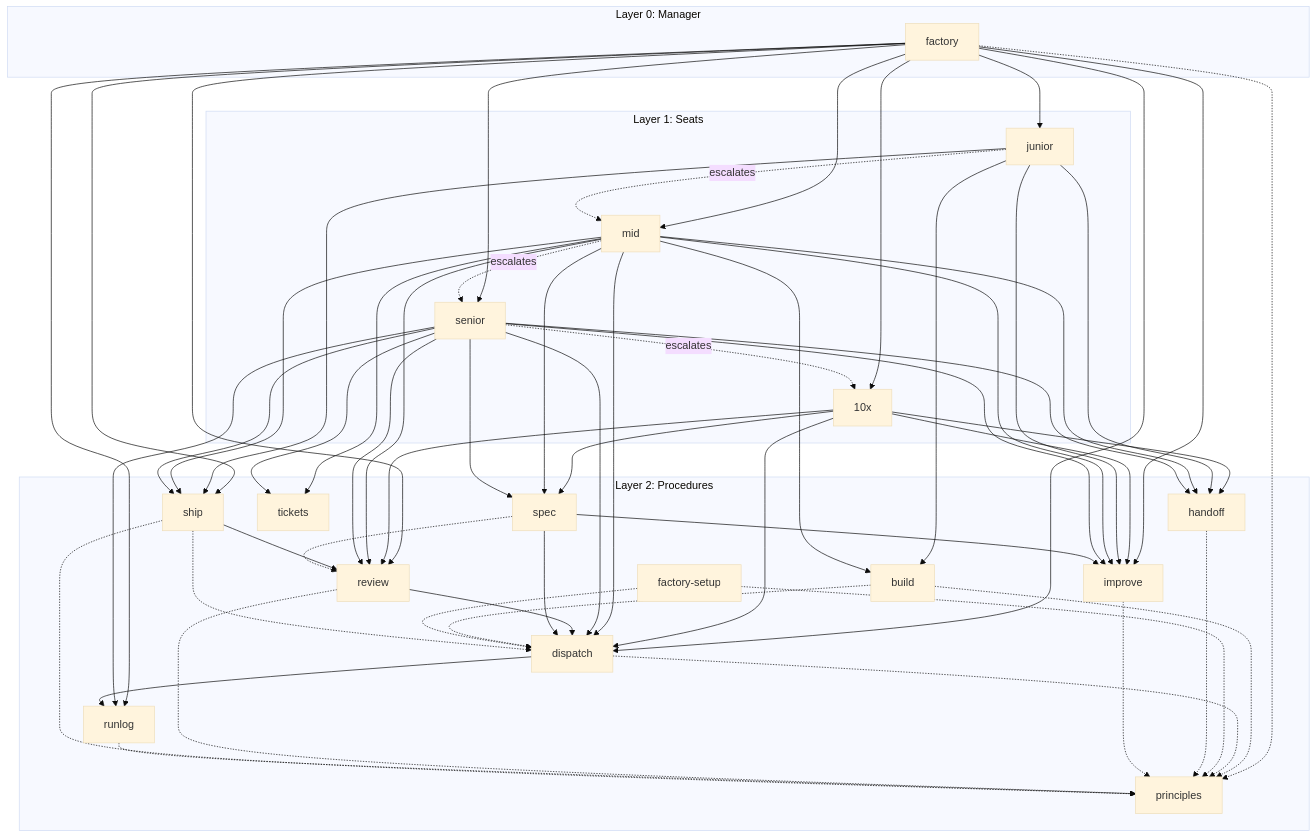
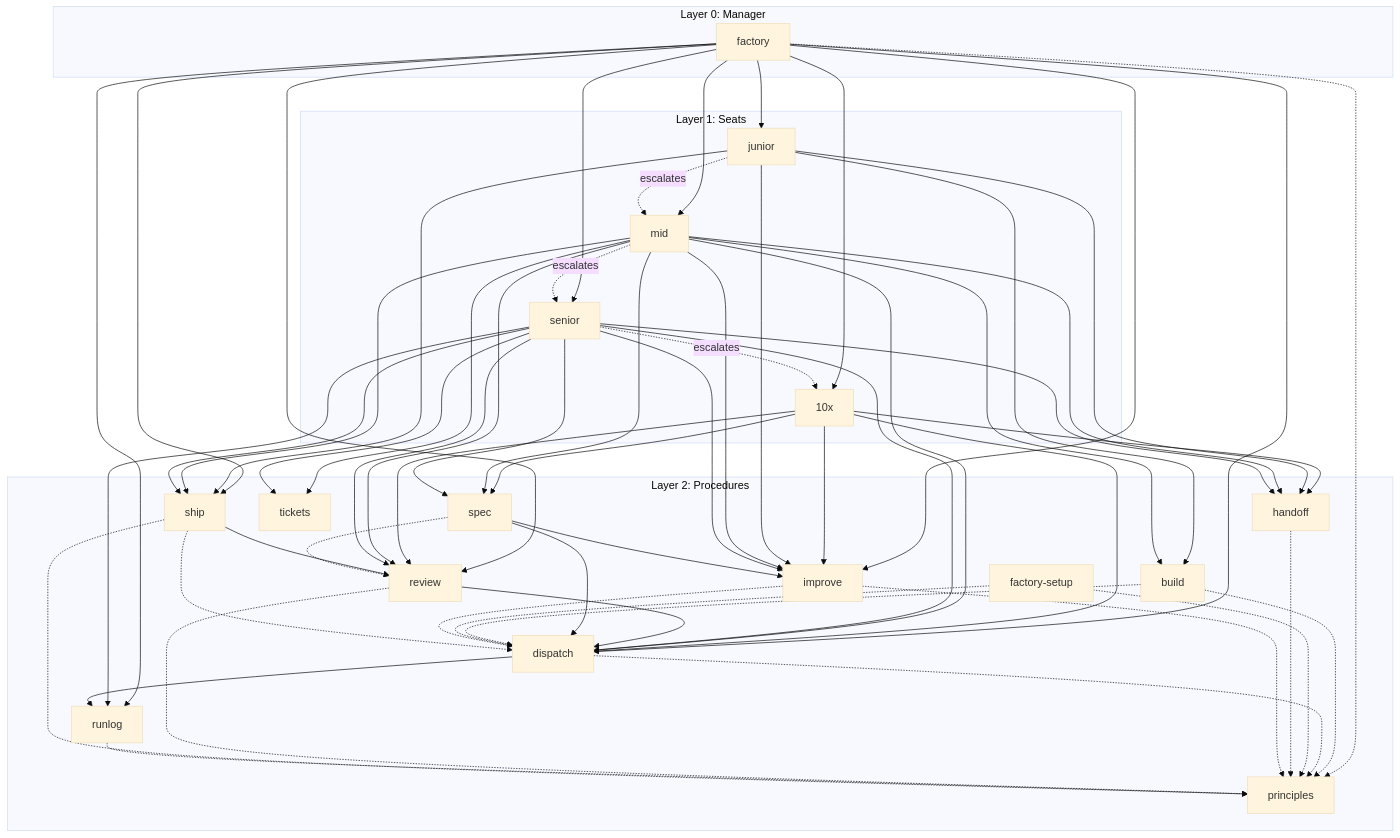
Before and after one commit to rishi23root/agent-skills: the diagram in docs/skill-graph.md, drawn with Mermaid (base theme). The commit also changed other lines of this file and 7 other files, not shown here.

````diff
--- a/docs/skill-graph.md
+++ b/docs/skill-graph.md
@@ -7,80 +7,81 @@
 ```mermaid
 flowchart TD
   subgraph L0["Layer 0: Manager"]
     s_factory["factory"]
   end
   subgraph L1["Layer 1: Seats"]
     s_10x["10x"]
     s_junior["junior"]
     s_mid["mid"]
     s_senior["senior"]
   end
   subgraph L2["Layer 2: Procedures"]
     s_build["build"]
     s_dispatch["dispatch"]
     s_factory_setup["factory-setup"]
     s_handoff["handoff"]
     s_improve["improve"]
     s_principles["principles"]
     s_review["review"]
     s_runlog["runlog"]
     s_ship["ship"]
     s_spec["spec"]
     s_tickets["tickets"]
   end
   s_factory --> s_improve
   s_factory --> s_junior
   s_factory --> s_mid
   s_factory --> s_senior
   s_factory --> s_10x
   s_factory --> s_dispatch
   s_factory --> s_review
   s_factory --> s_ship
   s_factory --> s_runlog
   s_10x --> s_improve
   s_10x --> s_spec
   s_10x --> s_dispatch
   s_10x --> s_review
   s_10x --> s_handoff
   s_junior --> s_improve
   s_junior --> s_build
   s_junior --> s_ship
   s_junior --> s_handoff
   s_mid --> s_improve
   s_mid --> s_spec
   s_mid --> s_tickets
   s_mid --> s_build
   s_mid --> s_review
   s_mid --> s_ship
   s_mid --> s_dispatch
   s_mid --> s_handoff
   s_senior --> s_improve
   s_senior --> s_spec
   s_senior --> s_tickets
   s_senior --> s_dispatch
   s_senior --> s_review
   s_senior --> s_ship
   s_senior --> s_handoff
   s_senior --> s_runlog
   s_dispatch --> s_runlog
   s_review --> s_dispatch
   s_ship --> s_review
   s_spec --> s_improve
   s_spec --> s_dispatch
   s_factory -.-> s_principles
   s_build -.-> s_dispatch
   s_build -.-> s_principles
   s_dispatch -.-> s_principles
   s_factory_setup -.-> s_principles
   s_factory_setup -.-> s_dispatch
   s_handoff -.-> s_principles
+  s_improve -.-> s_dispatch
   s_improve -.-> s_principles
   s_review -.-> s_principles
   s_runlog -.-> s_principles
   s_ship -.-> s_dispatch
   s_ship -.-> s_principles
   s_spec -.-> s_review
   s_junior -. escalates .-> s_mid
   s_mid -. escalates .-> s_senior
   s_senior -. escalates .-> s_10x
 ```
````
